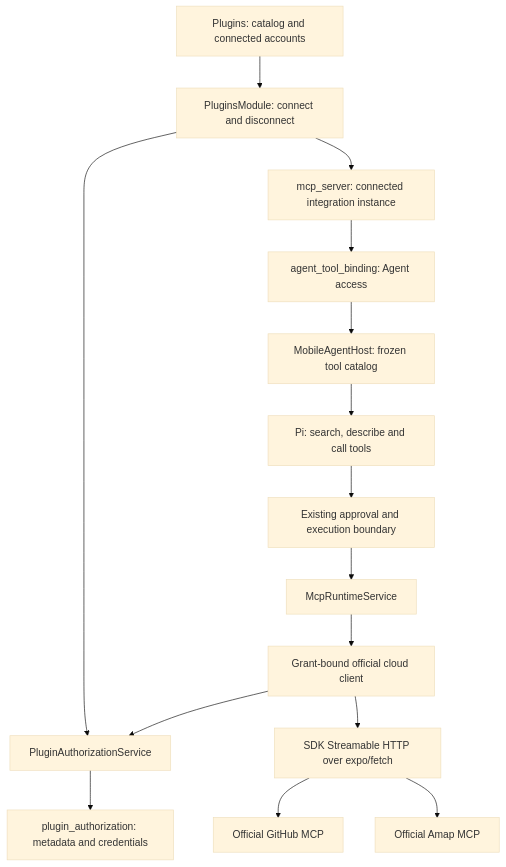
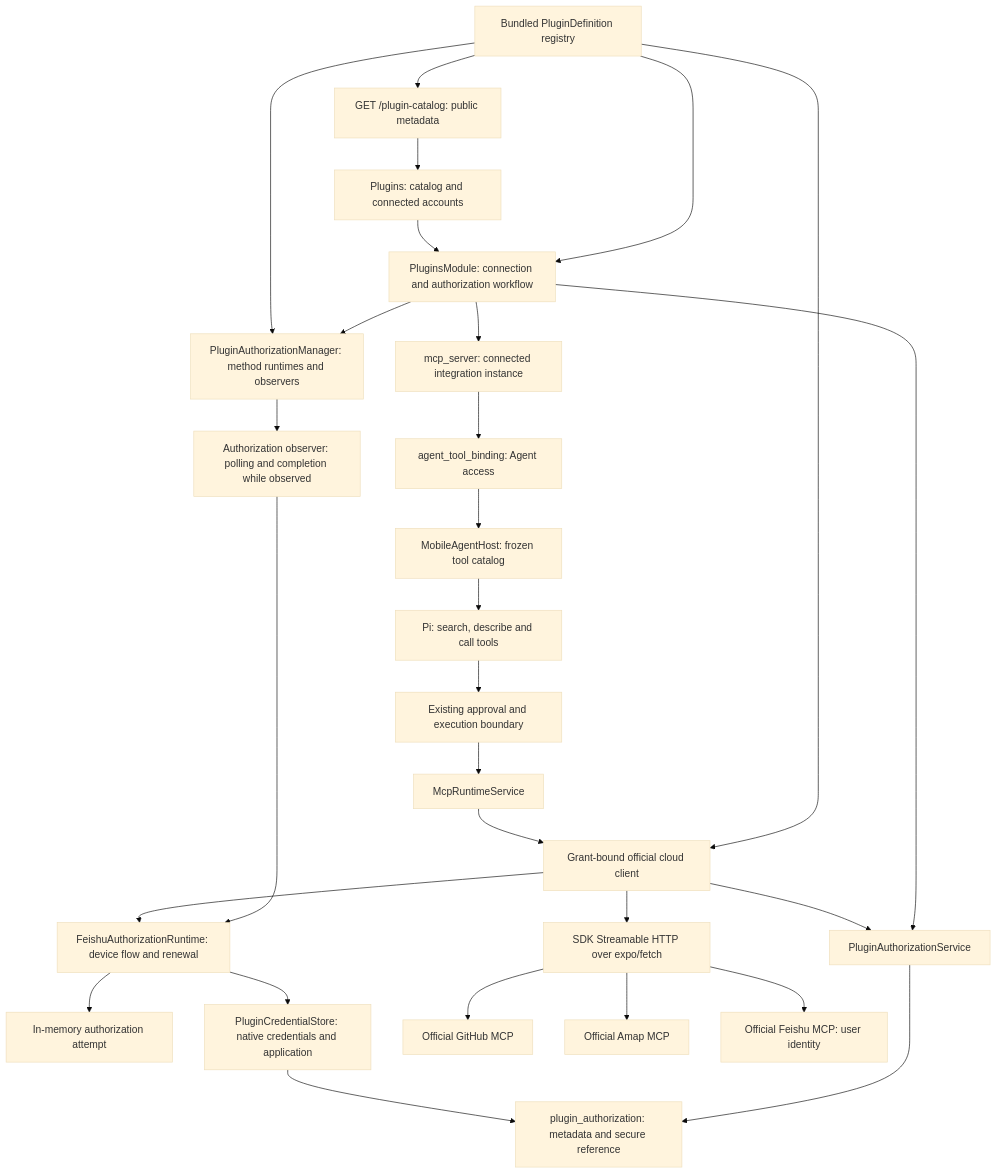
Before and after one commit to CherryHQ/cherry-studio-app: the diagram in docs/references/agent/built-in-mcp-design.md, drawn with Mermaid (base theme). The commit also changed other lines of this file and 75 other files, not shown here.

First line of the commit message:
feat(plugins): add secure authorization and Feishu cloud tools (#878)

````diff
--- a/docs/references/agent/built-in-mcp-design.md
+++ b/docs/references/agent/built-in-mcp-design.md
@@ -176,17 +280,30 @@
 ```mermaid
 flowchart TD
-  Settings["Plugins: catalog and connected accounts"] --> Workflow["PluginsModule: connect and disconnect"]
+  Registry["Bundled PluginDefinition registry"] --> Catalog["GET /plugin-catalog: public metadata"]
+  Catalog --> Settings["Plugins: catalog and connected accounts"]
+  Registry --> Workflow["PluginsModule: connection and authorization workflow"]
+  Settings --> Workflow
+  Registry --> Client["Grant-bound official cloud client"]
   Workflow --> Auth["PluginAuthorizationService"]
-  Auth --> AuthTable["plugin_authorization: metadata and credentials"]
+  Auth --> AuthTable["plugin_authorization: metadata and secure reference"]
+  Workflow --> Manager["PluginAuthorizationManager: method runtimes and observers"]
+  Registry --> Manager
+  Manager --> Observer["Authorization observer: polling and completion while observed"]
+  Observer --> UserAuth["FeishuAuthorizationRuntime: device flow and renewal"]
+  UserAuth --> State["In-memory authorization attempt"]
+  UserAuth --> Secrets["PluginCredentialStore: native credentials and application"]
+  Secrets --> AuthTable
   Workflow --> Server["mcp_server: connected integration instance"]
   Server --> Binding["agent_tool_binding: Agent access"]
   Binding --> Host["MobileAgentHost: frozen tool catalog"]
   Host --> Pi["Pi: search, describe and call tools"]
   Pi --> Approval["Existing approval and execution boundary"]
   Approval --> MCP["McpRuntimeService"]
   MCP --> Client["Grant-bound official cloud client"]
   Client --> Auth
+  Client --> UserAuth
   Client --> Remote["SDK Streamable HTTP over expo/fetch"]
   Remote --> GitHub["Official GitHub MCP"]
   Remote --> Amap["Official Amap MCP"]
+  Remote --> Feishu["Official Feishu MCP: user identity"]
 ```
````
